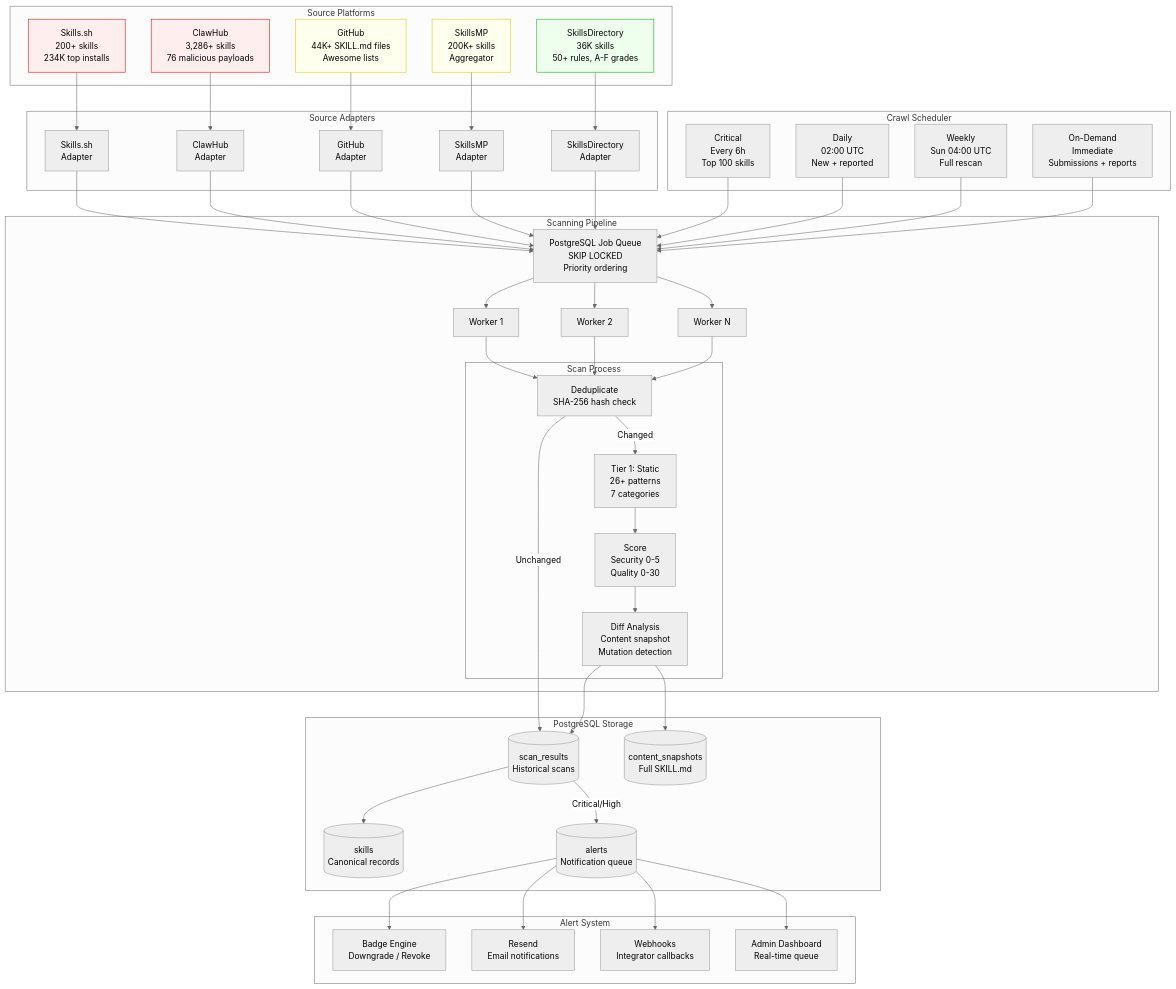
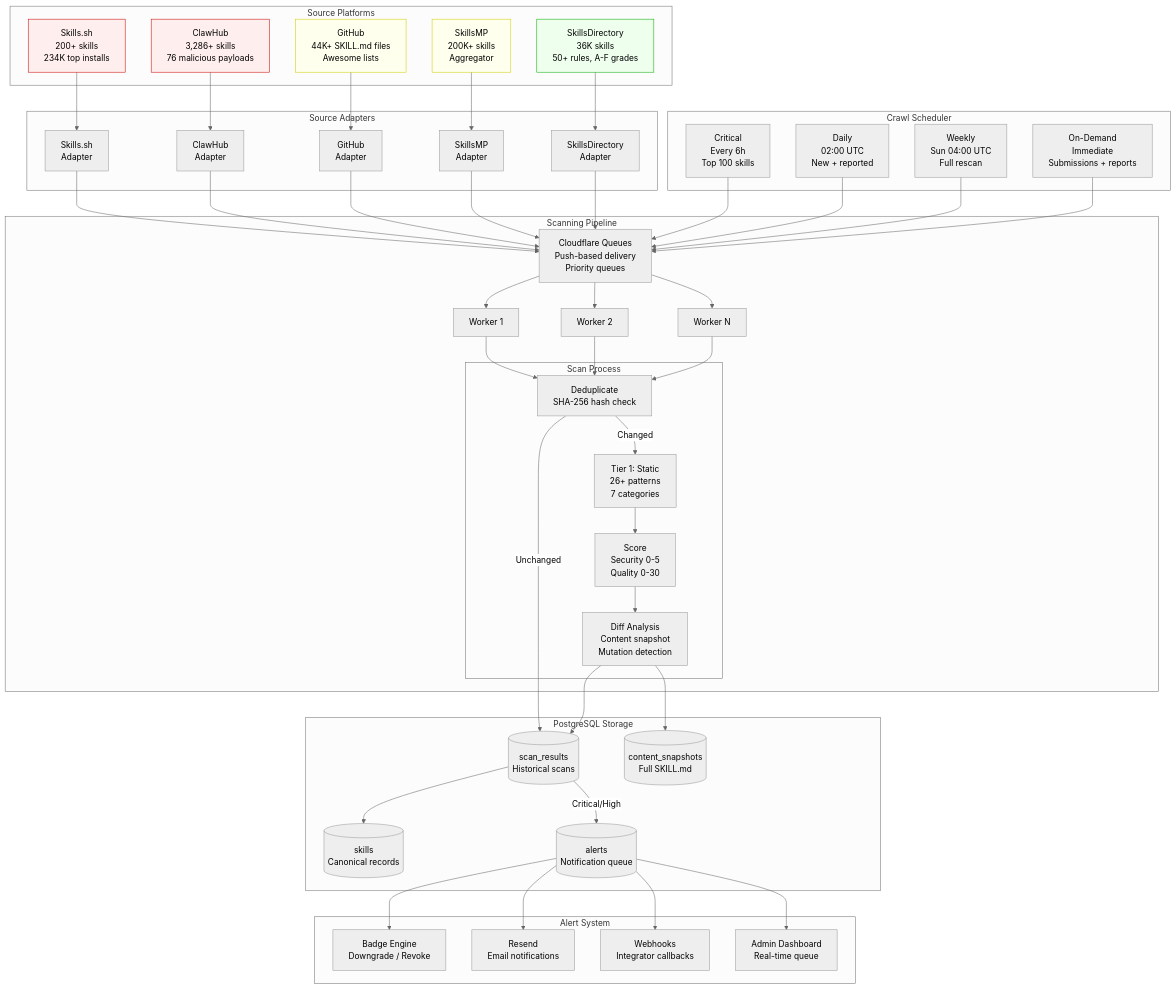
One commit to anton-abyzov/specweave changed the first of 3 diagrams in .specweave/increments/0217-skill-security-extensibility-standard/research/scanning-pipeline-design.md. Above: the diagram before and after it, drawn with Mermaid (neutral theme). The commit also changed other lines of this file and 82 other files, not shown here.

```diff
--- a/.specweave/increments/0217-skill-security-extensibility-standard/research/scanning-pipeline-design.md
+++ b/.specweave/increments/0217-skill-security-extensibility-standard/research/scanning-pipeline-design.md
@@ -1200,7 +1205,7 @@
     end
 
     subgraph Pipeline["Scanning Pipeline"]
-        QUEUE["PostgreSQL Job Queue\nSKIP LOCKED\nPriority ordering"]
+        QUEUE["Cloudflare Queues\nPush-based delivery\nPriority queues"]
         W1["Worker 1"]
         W2["Worker 2"]
         WN["Worker N"]
```
